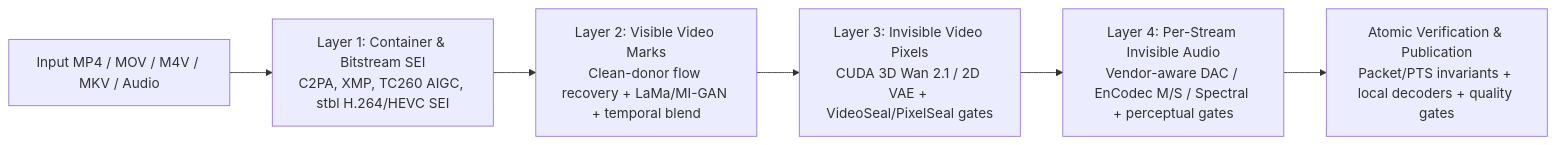
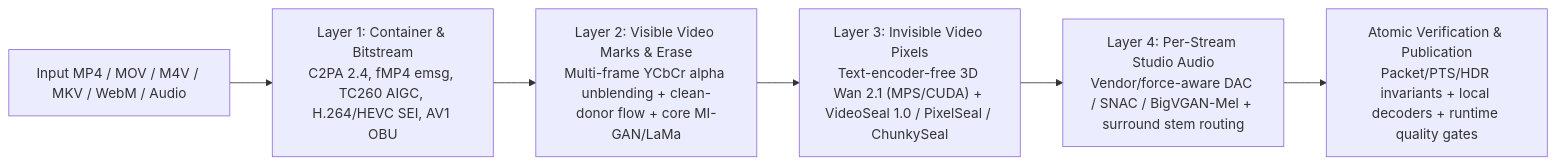
One commit to wiltodelta/remove-ai-watermarks changed the diagram in docs/media-removal-roadmap.md. Above: the diagram before and after it, drawn with Mermaid. The commit also changed other lines of this file and 53 other files, not shown here.

Commit message:
Add ChunkySeal, YCrCb alpha unblending, 10-bit HDR, surround audio, multimodal CLI

````diff
--- a/docs/media-removal-roadmap.md
+++ b/docs/media-removal-roadmap.md
@@ -20,8 +21,8 @@
 ```mermaid
 flowchart LR
-    A["Input MP4 / MOV / M4V / MKV / Audio"] --> B["Layer 1: Container & Bitstream SEI<br/>C2PA, XMP, TC260 AIGC, stbl H.264/HEVC SEI"]
-    B --> C["Layer 2: Visible Video Marks<br/>Clean-donor flow recovery + LaMa/MI-GAN + temporal blend"]
-    C --> D["Layer 3: Invisible Video Pixels<br/>CUDA 3D Wan 2.1 / 2D VAE + VideoSeal/PixelSeal gates"]
-    D --> E["Layer 4: Per-Stream Invisible Audio<br/>Vendor-aware DAC / EnCodec M/S / Spectral + perceptual gates"]
-    E --> F["Atomic Verification & Publication<br/>Packet/PTS invariants + local decoders + quality gates"]
+    A["Input MP4 / MOV / M4V / MKV / WebM / Audio"] --> B["Layer 1: Container & Bitstream<br/>C2PA 2.4, fMP4 emsg, TC260 AIGC, H.264/HEVC SEI, AV1 OBU"]
+    B --> C["Layer 2: Visible Video Marks & Erase<br/>Multi-frame YCbCr alpha unblending + clean-donor flow + core MI-GAN/LaMa"]
+    C --> D["Layer 3: Invisible Video Pixels<br/>Text-encoder-free 3D Wan 2.1 (MPS/CUDA) + VideoSeal 1.0 / PixelSeal / ChunkySeal"]
+    D --> E["Layer 4: Per-Stream Studio Audio<br/>Vendor/force-aware DAC / SNAC / BigVGAN-Mel + surround stem routing"]
+    E --> F["Atomic Verification & Publication<br/>Packet/PTS/HDR invariants + local decoders + runtime quality gates"]
 ```
````
